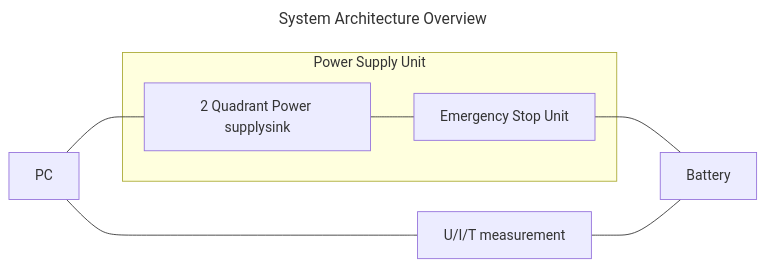
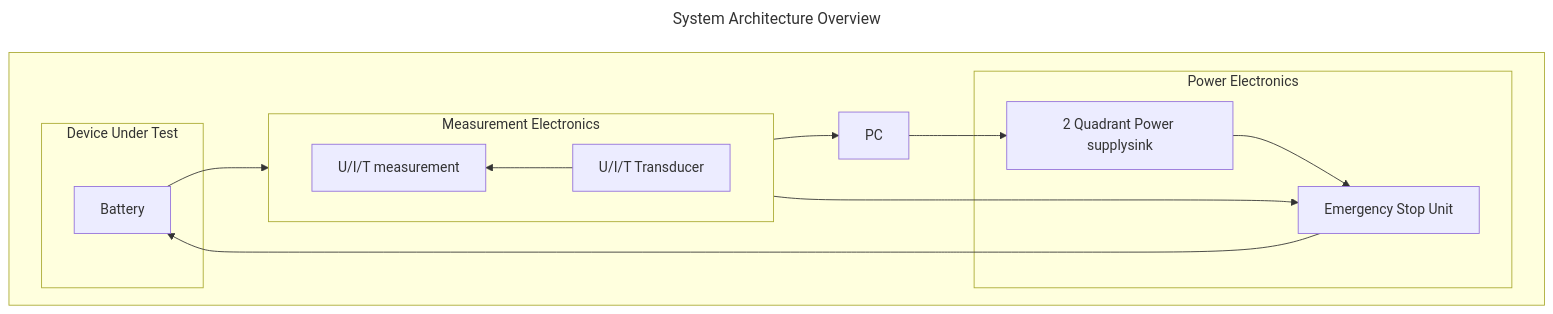
Before and after one commit to pascalguttmann/obat: the diagram in docs/arch/overview.md, drawn with Mermaid. The commit also changed other lines of this file, not shown here.

Commit message:
move emergency stop unit (esu) to seperate part for project

````diff
--- a/docs/arch/overview.md
+++ b/docs/arch/overview.md
@@ -28,17 +28,37 @@
 ```mermaid
 ---
 title: System Architecture Overview
 ---
 flowchart LR
 
-pc[PC]
-subgraph psu[Power Supply Unit]
-    psu-internal[2 Quadrant Power supplysink]
-    relay[Emergency Stop Unit]
+subgraph sub-obat [ ]
+    direction LR
+    pc[PC]
+
+    subgraph sub-power [Power Electronics]
+        psu-internal[2 Quadrant Power supplysink]
+        esu[Emergency Stop Unit]
+
+        psu-internal --> esu
+    end
+
+    subgraph sub-meas [Measurement Electronics]
+        direction RL
+        transducer[U/I/T Transducer]
+        meas[U/I/T measurement]
+
+        transducer --> meas
+    end
+
+    subgraph sub-dut [Device Under Test]
+        bat[Battery]
+    end
+
+    pc --> psu-internal
+    esu --> bat
+    bat --> transducer
+    meas --> pc
+
+    transducer --> esu
 end
-meas[U/I/T measurement]
-bat[Battery]
-
-pc --- psu-internal --- relay --- bat
-pc --- meas --- bat
 ```
````
